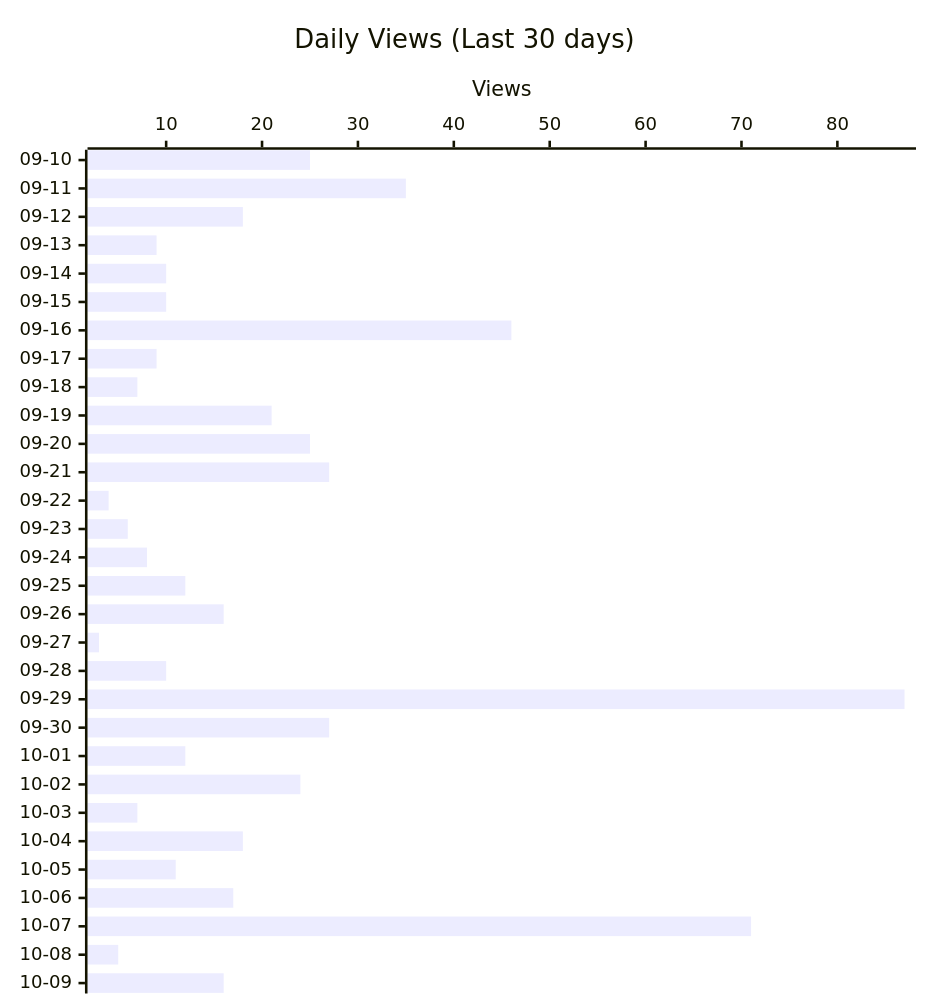
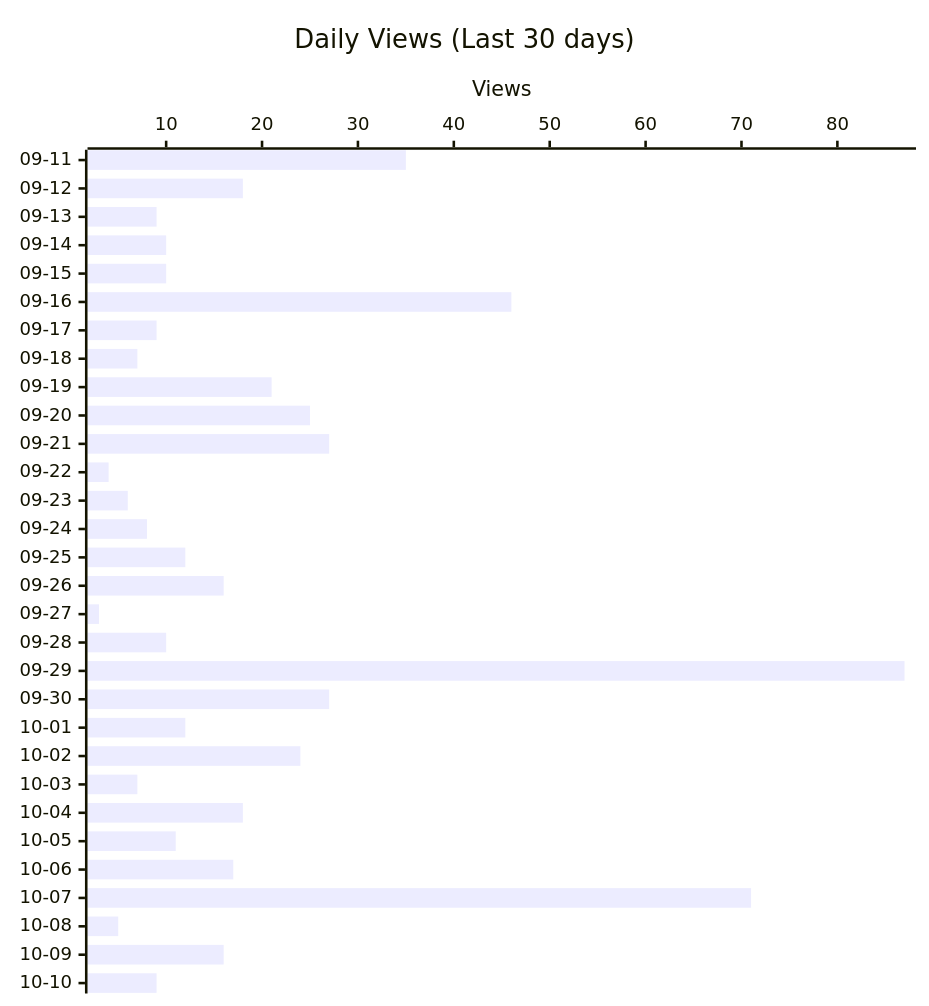
Before and after one commit to shigechika/github-insights: the second of 4 diagrams in README.md, drawn with Mermaid. The commit also changed other lines of this file and 2 other files, not shown here.

````diff
--- a/README.md
+++ b/README.md
@@ -28,12 +28,12 @@
 ```mermaid
 ---
 config:
   xyChart:
     height: 760
 ---
 xychart-beta horizontal
     title "Daily Views (Last 30 days)"
-    x-axis ["09-10", "09-11", "09-12", "09-13", "09-14", "09-15", "09-16", "09-17", "09-18", "09-19", "09-20", "09-21", "09-22", "09-23", "09-24", "09-25", "09-26", "09-27", "09-28", "09-29", "09-30", "10-01", "10-02", "10-03", "10-04", "10-05", "10-06", "10-07", "10-08", "10-09"]
+    x-axis ["09-11", "09-12", "09-13", "09-14", "09-15", "09-16", "09-17", "09-18", "09-19", "09-20", "09-21", "09-22", "09-23", "09-24", "09-25", "09-26", "09-27", "09-28", "09-29", "09-30", "10-01", "10-02", "10-03", "10-04", "10-05", "10-06", "10-07", "10-08", "10-09", "10-10"]
     y-axis "Views"
-    bar [25, 35, 18, 9, 10, 10, 46, 9, 7, 21, 25, 27, 4, 6, 8, 12, 16, 3, 10, 87, 27, 12, 24, 7, 18, 11, 17, 71, 5, 16]
+    bar [35, 18, 9, 10, 10, 46, 9, 7, 21, 25, 27, 4, 6, 8, 12, 16, 3, 10, 87, 27, 12, 24, 7, 18, 11, 17, 71, 5, 16, 9]
 ```
````
